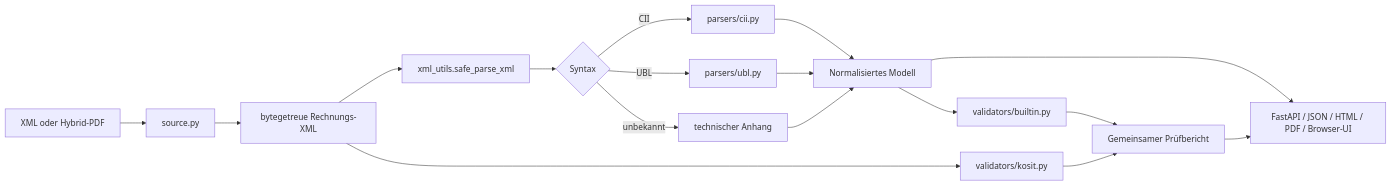
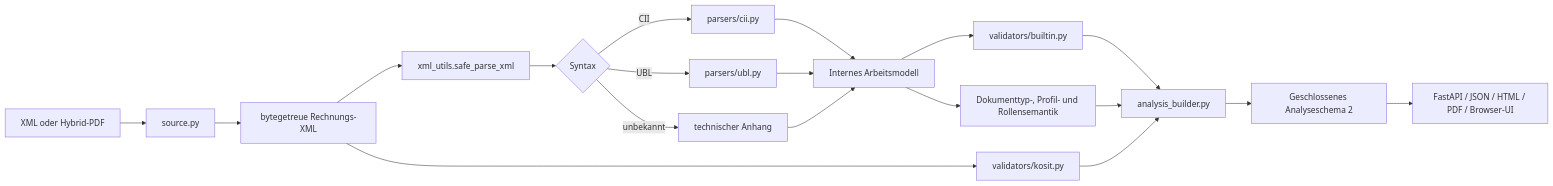
Before and after one commit to Harpau/E-Rechnungs-Pruefer: the first of 2 diagrams in docs/ARCHITECTURE.md, drawn with Mermaid. The commit also changed other lines of this file and 86 other files, not shown here.

Commit message:
Release analysis schema 2 and version 2.0.0

````diff
--- a/docs/ARCHITECTURE.md
+++ b/docs/ARCHITECTURE.md
@@ -7,19 +10,21 @@
 ```mermaid
 flowchart LR
     A[XML oder Hybrid-PDF] --> B[source.py]
     B --> C[bytegetreue Rechnungs-XML]
     C --> D[xml_utils.safe_parse_xml]
     D --> E{Syntax}
     E -->|CII| F[parsers/cii.py]
     E -->|UBL| G[parsers/ubl.py]
     E -->|unbekannt| H[technischer Anhang]
-    F --> I[Normalisiertes Modell]
+    F --> I[Internes Arbeitsmodell]
     G --> I
     H --> I
     I --> J[validators/builtin.py]
+    I --> S[Dokumenttyp-, Profil- und Rollensemantik]
     C --> K[validators/kosit.py]
-    J --> L[Gemeinsamer Prüfbericht]
+    J --> L[analysis_builder.py]
     K --> L
-    I --> M[FastAPI / JSON / HTML / PDF / Browser-UI]
-    L --> M
+    S --> L
+    L --> V[Geschlossenes Analyseschema 2]
+    V --> M[FastAPI / JSON / HTML / PDF / Browser-UI]
 ```
````
